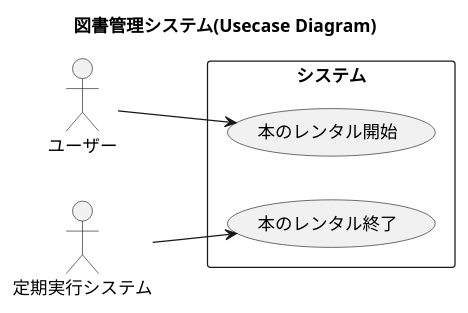
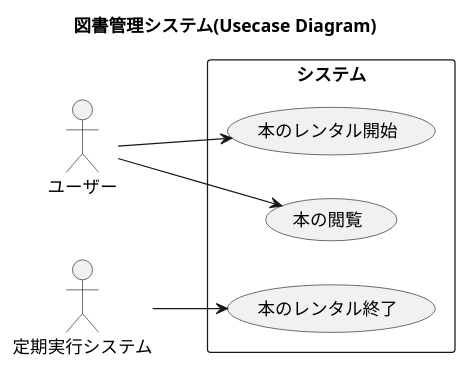
The diagram in docs/usecase.puml (genenakagaki/sample-solid), drawn with PlantUML before and after one commit. The commit also changed 1 other file, not shown here.

```diff
--- a/docs/usecase.puml
+++ b/docs/usecase.puml
@@ -1,16 +1,18 @@
 @startuml
 title 図書管理システム(Usecase Diagram)
 
 left to right direction
 
 actor :ユーザー: as user
 actor :定期実行システム: as batch
 rectangle "システム" {
     usecase "本のレンタル開始" as rentBook
+    usecase "本の閲覧" as viewBook
     usecase "本のレンタル終了" as endBookRental
 }
 
 user --> rentBook
+user --> viewBook
 batch --> endBookRental
 
 @enduml
```
